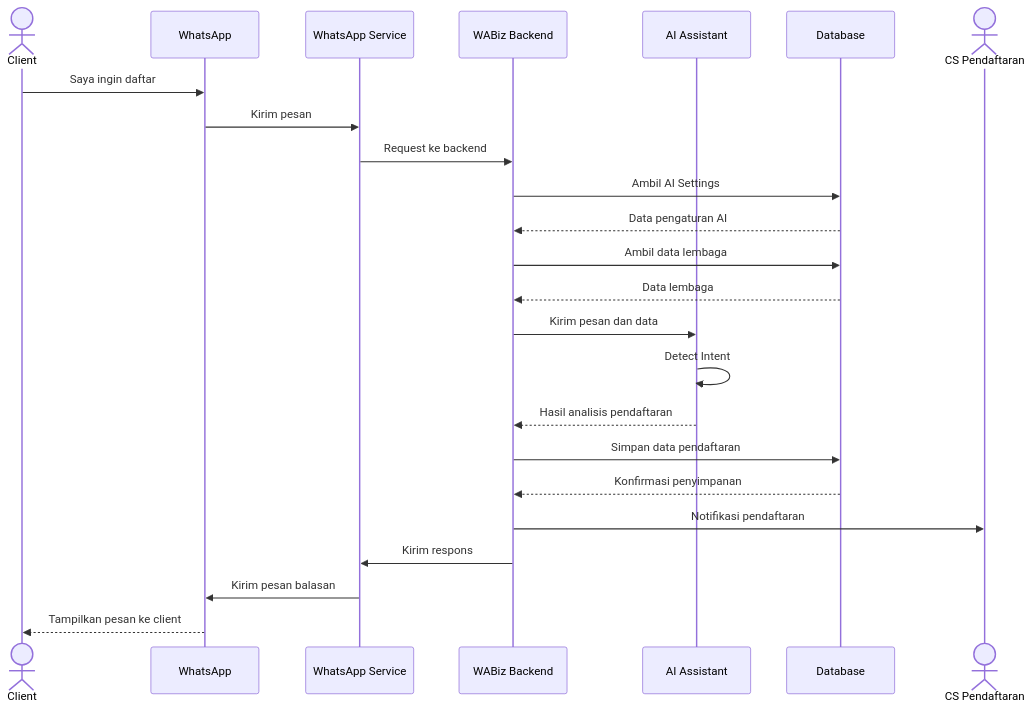
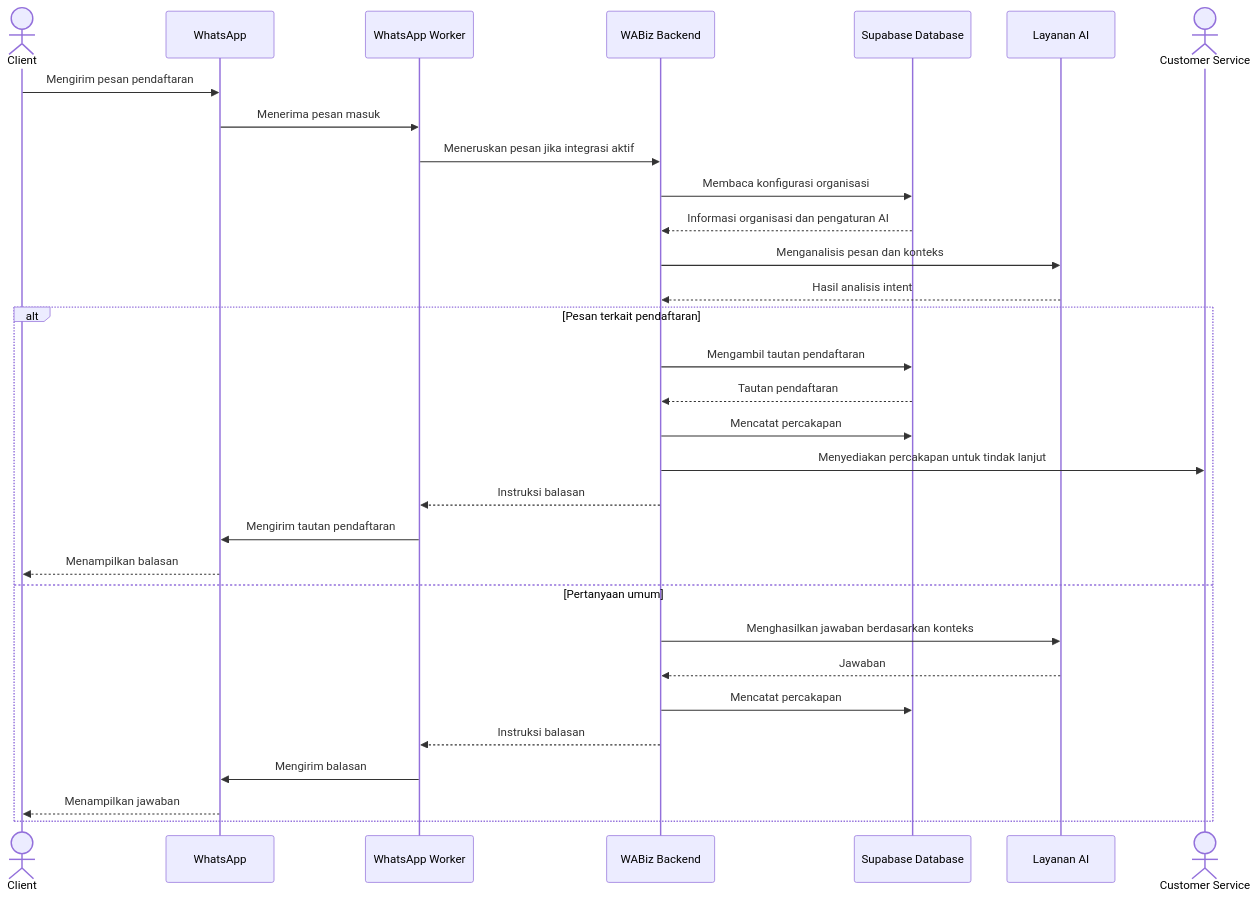
One commit to ifrosimmisbah/WABiz changed the third of 4 diagrams in README.md. Above: the diagram before and after it, drawn with Mermaid. The commit also changed other lines of this file, not shown here.

````diff
--- a/README.md
+++ b/README.md
@@ -137,33 +186,35 @@
 ```mermaid
 sequenceDiagram
-    actor C as Client
-    participant W as WhatsApp
-    participant S as WhatsApp Service
-    participant B as WABiz Backend
-    participant AI as AI Assistant
-    participant DB as Database
-    actor CS as CS Pendaftaran
+    actor Client
+    participant WA as WhatsApp
+    participant Worker as WhatsApp Worker
+    participant Backend as WABiz Backend
+    participant DB as Supabase Database
+    participant AI as Layanan AI
+    actor CS as Customer Service
 
-    C->>W: Saya ingin daftar
-    W->>S: Kirim pesan
-    S->>B: Request ke backend
+    Client->>WA: Mengirim pesan pendaftaran
+    WA->>Worker: Menerima pesan masuk
+    Worker->>Backend: Meneruskan pesan jika integrasi aktif
+    Backend->>DB: Membaca konfigurasi organisasi
+    DB-->>Backend: Informasi organisasi dan pengaturan AI
+    Backend->>AI: Menganalisis pesan dan konteks
+    AI-->>Backend: Hasil analisis intent
 
-    B->>DB: Ambil AI Settings
-    DB-->>B: Data pengaturan AI
-
-    B->>DB: Ambil data lembaga
-    DB-->>B: Data lembaga
-
-    B->>AI: Kirim pesan dan data
-    AI->>AI: Detect Intent
-    AI-->>B: Hasil analisis pendaftaran
-
-    B->>DB: Simpan data pendaftaran
-    DB-->>B: Konfirmasi penyimpanan
-
-    B->>CS: Notifikasi pendaftaran
-
-    B->>S: Kirim respons
-    S->>W: Kirim pesan balasan
-    W-->>C: Tampilkan pesan ke client
+    alt Pesan terkait pendaftaran
+        Backend->>DB: Mengambil tautan pendaftaran
+        DB-->>Backend: Tautan pendaftaran
+        Backend->>DB: Mencatat percakapan
+        Backend->>CS: Menyediakan percakapan untuk tindak lanjut
+        Backend-->>Worker: Instruksi balasan
+        Worker->>WA: Mengirim tautan pendaftaran
+        WA-->>Client: Menampilkan balasan
+    else Pertanyaan umum
+        Backend->>AI: Menghasilkan jawaban berdasarkan konteks
+        AI-->>Backend: Jawaban
+        Backend->>DB: Mencatat percakapan
+        Backend-->>Worker: Instruksi balasan
+        Worker->>WA: Mengirim balasan
+        WA-->>Client: Menampilkan jawaban
+    end
 ```
````
